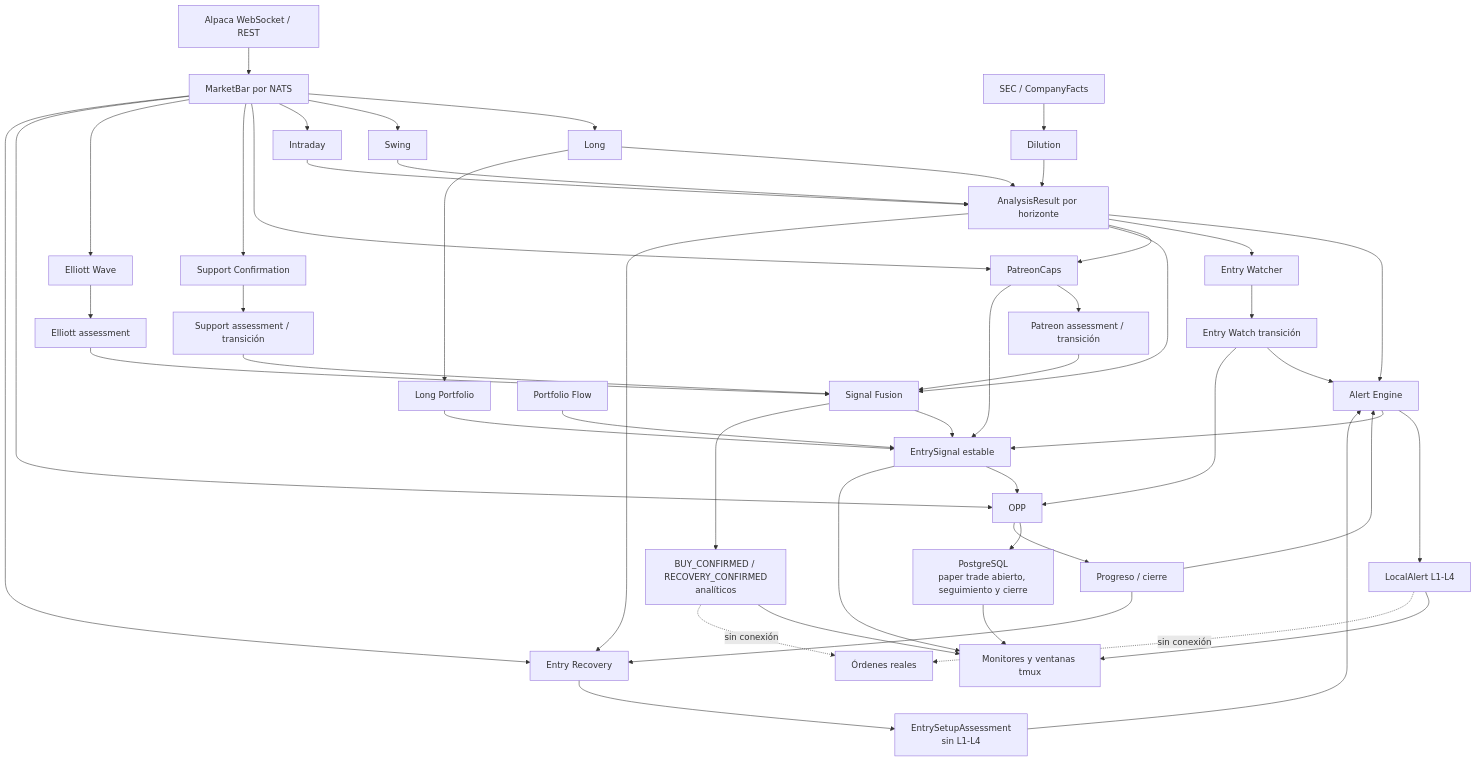
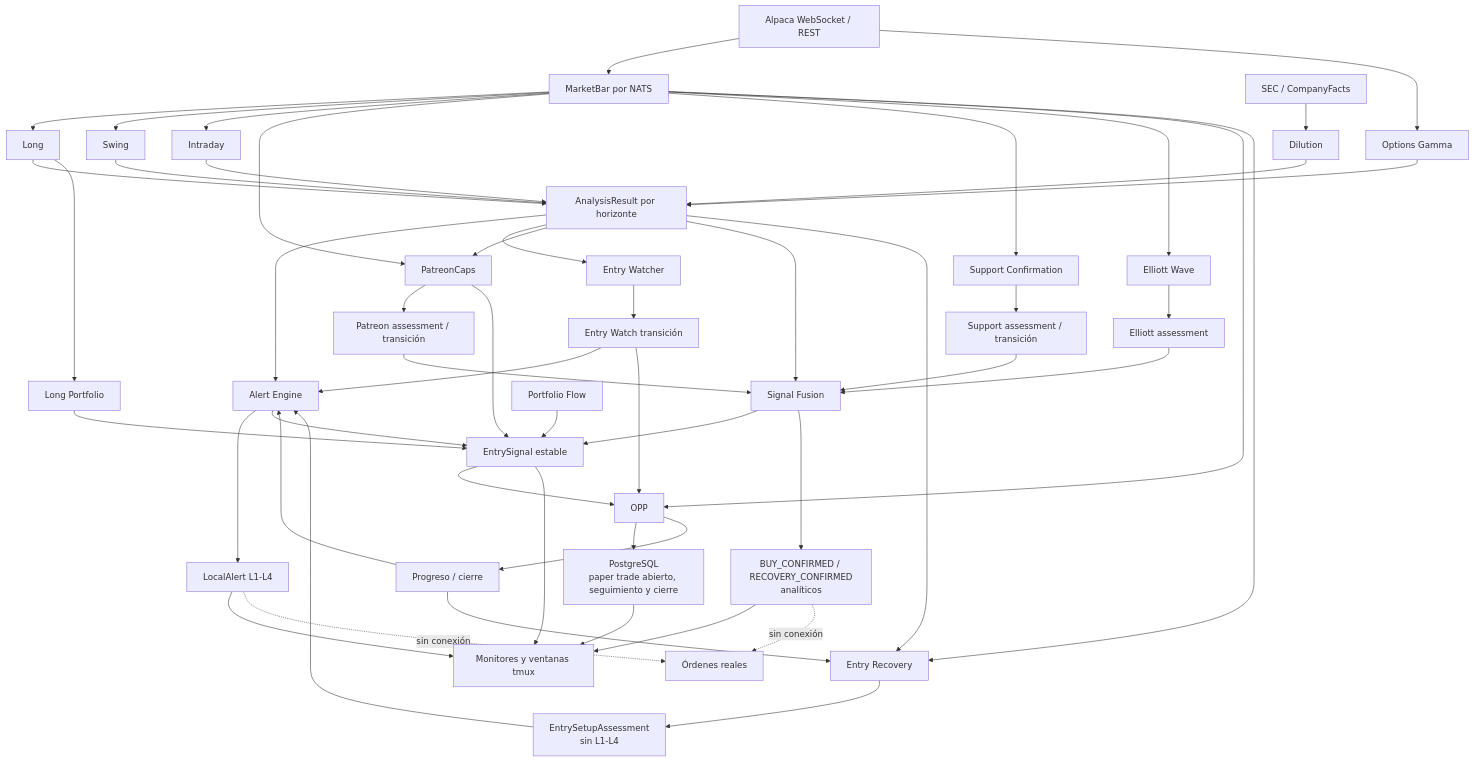
Before and after one commit to sysnova/market-bot: the second of 2 diagrams in docs/engine-interconnection-map.md, drawn with Mermaid. The commit also changed other lines of this file and 46 other files, not shown here.

Commit message:
Add active options gamma analysis engine

````diff
--- a/docs/engine-interconnection-map.md
+++ b/docs/engine-interconnection-map.md
@@ -23,60 +23,62 @@
 ```mermaid
 flowchart TD
   ALP["Alpaca WebSocket / REST"] --> BARS["MarketBar por NATS"]
   SEC["SEC / CompanyFacts"] --> DIL["Dilution"]
   BARS --> LONG["Long"]
   BARS --> SWING["Swing"]
   BARS --> INTRA["Intraday"]
   BARS --> PAT["PatreonCaps"]
   BARS --> SUP["Support Confirmation"]
   BARS --> ELL["Elliott Wave"]
+  ALP --> GAMMA["Options Gamma"]
 
   LONG --> AR["AnalysisResult por horizonte"]
   SWING --> AR
   INTRA --> AR
   DIL --> AR
+  GAMMA --> AR
 
   AR --> ALERT["Alert Engine"]
   AR --> WATCH["Entry Watcher"]
   AR --> PAT
   AR --> FUSION["Signal Fusion"]
   LONG --> LP["Long Portfolio"]
 
   SUP --> SA["Support assessment / transición"]
   ELL --> EA["Elliott assessment"]
   PAT --> PA["Patreon assessment / transición"]
   SA --> FUSION
   EA --> FUSION
   PA --> FUSION
 
   WATCH --> WT["Entry Watch transición"]
   WT --> ALERT
   WT --> OPP
   ALERT --> LA["LocalAlert L1-L4"]
   ALERT --> SIG["EntrySignal estable"]
   PAT --> SIG
   LP --> SIG
   FLOW["Portfolio Flow"] --> SIG
   FUSION --> SIG
   SIG --> OPP
   BARS --> OPP
 
   OPP --> PG["PostgreSQL\npaper trade abierto, seguimiento y cierre"]
   OPP --> OE["Progreso / cierre"]
   OE --> ALERT
   OE --> REC["Entry Recovery"]
   AR --> REC
   BARS --> REC
   REC --> RSA["EntrySetupAssessment\nsin L1-L4"]
   RSA --> ALERT
   FUSION --> FB["BUY_CONFIRMED / RECOVERY_CONFIRMED\nanalíticos"]
 
   LA --> MON["Monitores y ventanas tmux"]
   SIG --> MON
   FB --> MON
   PG --> MON
 
   BROKER["Órdenes reales"]
   LA -. "sin conexión" .-> BROKER
   FB -. "sin conexión" .-> BROKER
 ```
````
